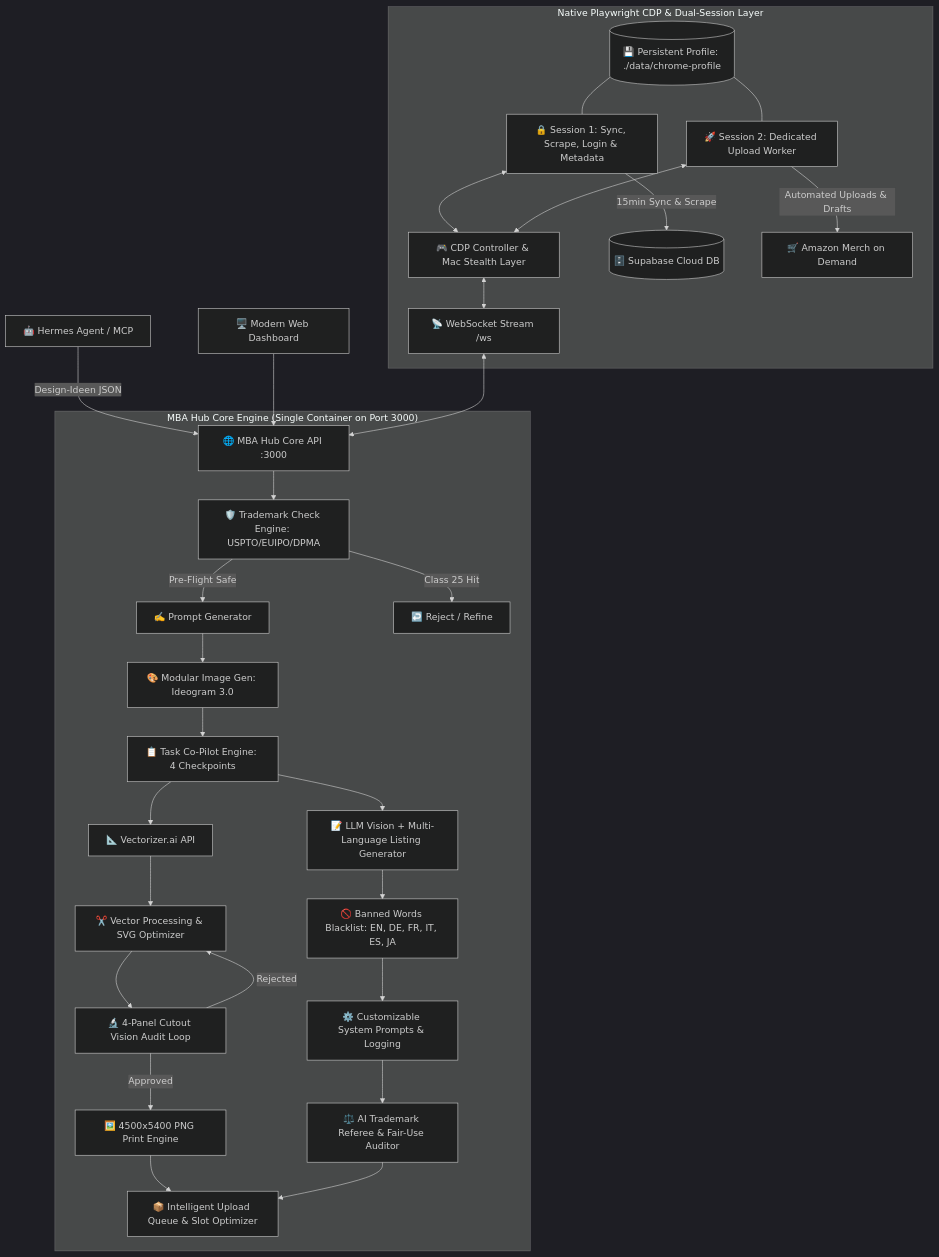
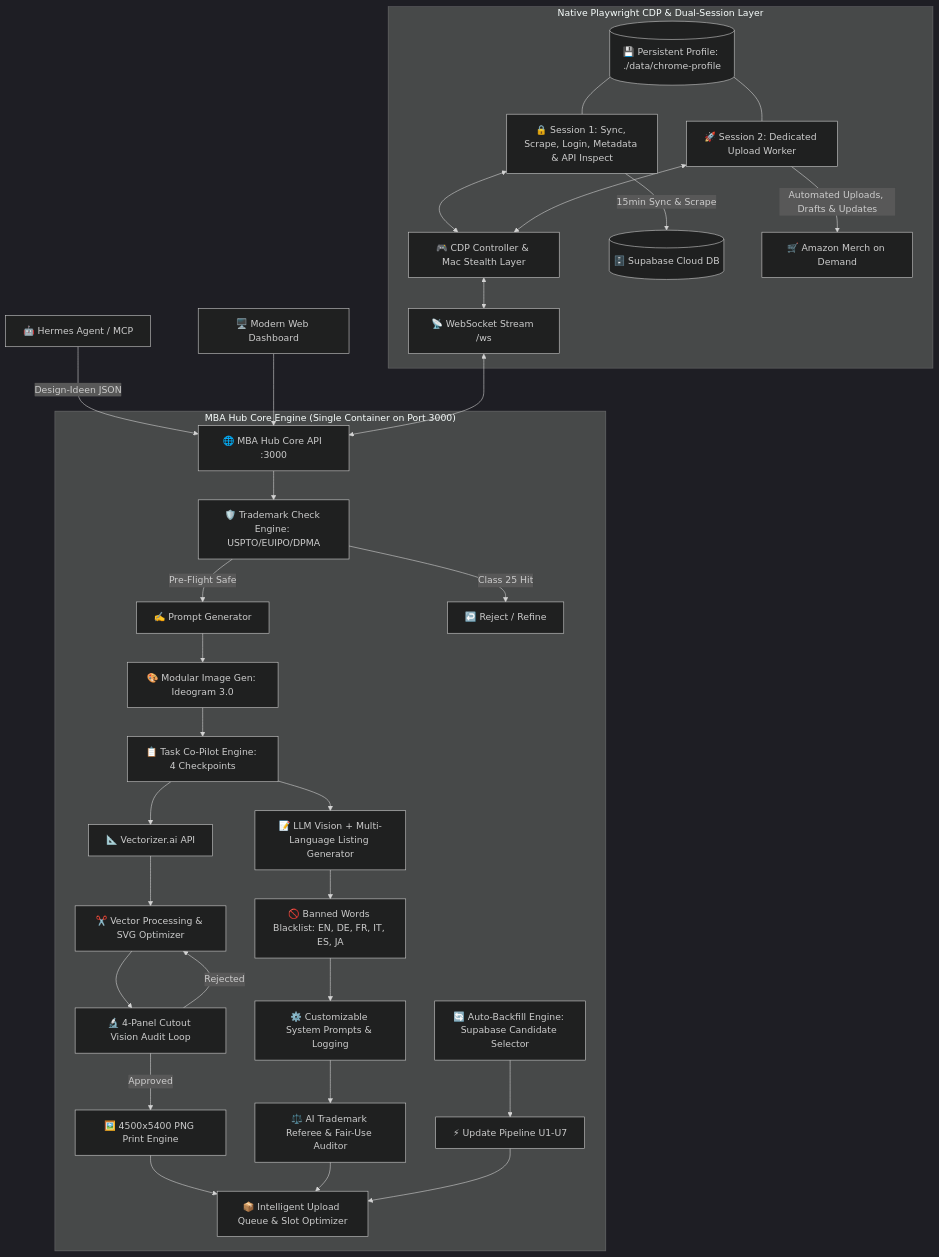
The diagram in brain.md (aljan92/hub), drawn with Mermaid (dark theme) before and after one commit. The commit also changed other lines of this file, not shown here.

Commit message:
docs(brain): update master architecture to Phase 7 with update-pipeline, deduplication and error boundary

````diff
--- a/brain.md
+++ b/brain.md
@@ -25,42 +31,45 @@
 ```mermaid
 graph TD
     Hermes[🤖 Hermes Agent / MCP] -->|Design-Ideen JSON| HubAPI[🌐 MBA Hub Core API :3000]
     UI[🖥️ Modern Web Dashboard] --> HubAPI
     
     subgraph "MBA Hub Core Engine (Single Container on Port 3000)"
         HubAPI --> TMCheck[🛡️ Trademark Check Engine: USPTO/EUIPO/DPMA]
         TMCheck -->|Pre-Flight Safe| PromptGen[✍️ Prompt Generator]
         TMCheck -->|Class 25 Hit| HermesReject[↩️ Reject / Refine]
         
         PromptGen --> ImgGen[🎨 Modular Image Gen: Ideogram 3.0]
         ImgGen --> TaskMgmt[📋 Task Co-Pilot Engine: 4 Checkpoints]
         
         TaskMgmt --> VecAI[📐 Vectorizer.ai API]
         VecAI --> VecEditor[✂️ Vector Processing & SVG Optimizer]
         VecEditor --> SvgAudit[🔬 4-Panel Cutout Vision Audit Loop]
         SvgAudit -->|Approved| ImgOpt[🖼️ 4500x5400 PNG Print Engine]
         SvgAudit -->|Rejected| VecEditor
         
         TaskMgmt --> LLMListing[📝 LLM Vision + Multi-Language Listing Generator]
         LLMListing --> BannedWords[🚫 Banned Words Blacklist: EN, DE, FR, IT, ES, JA]
         BannedWords --> SysPrompts[⚙️ Customizable System Prompts & Logging]
         SysPrompts --> TMFix[⚖️ AI Trademark Referee & Fair-Use Auditor]
         
         ImgOpt --> Queue[📦 Intelligent Upload Queue & Slot Optimizer]
         TMFix --> Queue
+
+        SupabaseBackfill[🔄 Auto-Backfill Engine: Supabase Candidate Selector] --> UpdatePipe[⚡ Update Pipeline U1-U7]
+        UpdatePipe --> Queue
     end
     
     subgraph "Native Playwright CDP & Dual-Session Layer"
         HubWS[📡 WebSocket Stream /ws] <--> HubAPI
         CDP[🎮 CDP Controller & Mac Stealth Layer] <--> HubWS
         
-        Session1[🔒 Session 1: Sync, Scrape, Login & Metadata] <--> CDP
+        Session1[🔒 Session 1: Sync, Scrape, Login, Metadata & API Inspect] <--> CDP
         Session2[🚀 Session 2: Dedicated Upload Worker] <--> CDP
         
         Profile[(💾 Persistent Profile: ./data/chrome-profile)] --- Session1
         Profile --- Session2
         
         Session1 -->|15min Sync & Scrape| Supabase[(🗄️ Supabase Cloud DB)]
-        Session2 -->|Automated Uploads & Drafts| AmazonMerch[🛒 Amazon Merch on Demand]
+        Session2 -->|Automated Uploads, Drafts & Updates| AmazonMerch[🛒 Amazon Merch on Demand]
     end
 ```
````
